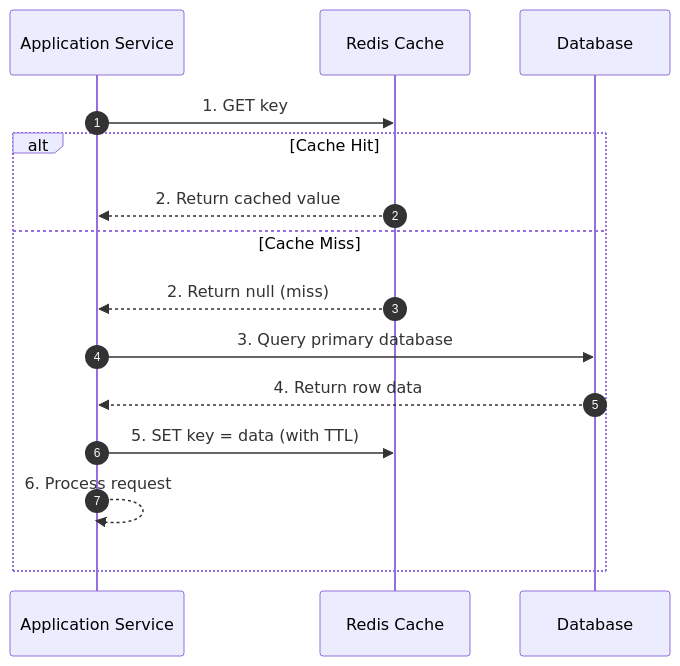
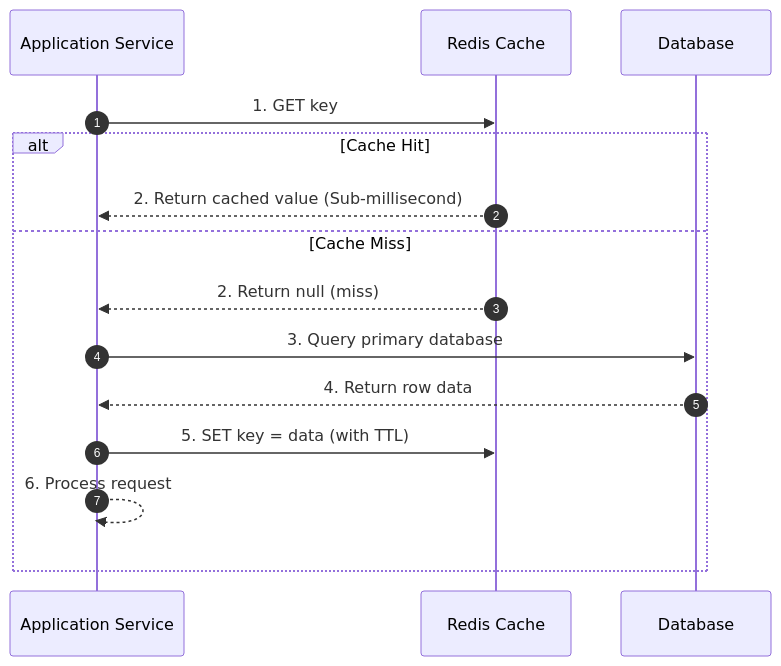
Before and after one commit to kvai9826/system-design-for-program-managers: the third of 4 diagrams in 01-foundations/03-caching-strategies.md, drawn with Mermaid. The commit also changed other lines of this file and 30 other files, not shown here.

````diff
--- a/01-foundations/03-caching-strategies.md
+++ b/01-foundations/03-caching-strategies.md
@@ -55,18 +59,18 @@
 ```mermaid
 sequenceDiagram
     autonumber
     participant App as Application Service
     participant Cache as Redis Cache
     participant DB as Database
 
     App->>Cache: 1. GET key
     alt Cache Hit
-        Cache-->>App: 2. Return cached value
+        Cache-->>App: 2. Return cached value (Sub-millisecond)
     else Cache Miss
         Cache-->>App: 2. Return null (miss)
         App->>DB: 3. Query primary database
         DB-->>App: 4. Return row data
         App->>Cache: 5. SET key = data (with TTL)
         App-->>App: 6. Process request
     end
 ```
````
